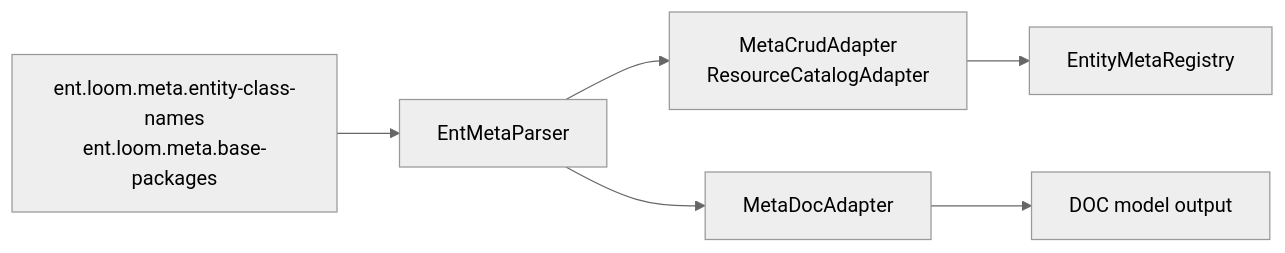
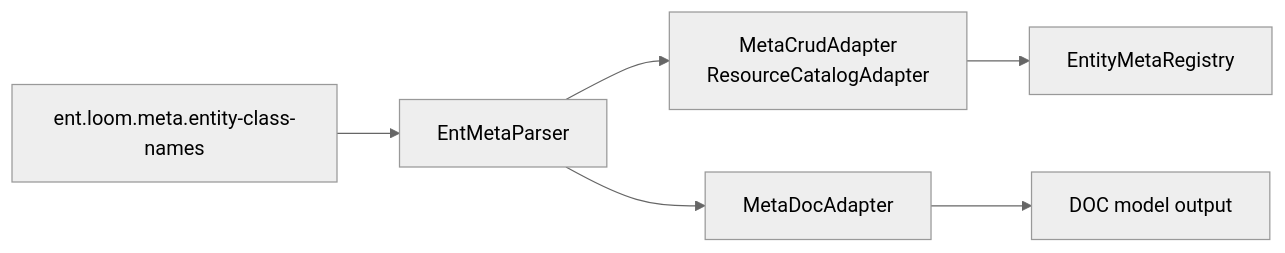
The diagram in docs/architecture/core/meta/runtime-adapters.md (ent-loom/ent-loom), drawn with Mermaid (neutral theme) before and after one commit. The commit also changed other lines of this file and 34 other files, not shown here.

````diff
--- a/docs/architecture/core/meta/runtime-adapters.md
+++ b/docs/architecture/core/meta/runtime-adapters.md
@@ -30,13 +29,13 @@
 ```mermaid
 flowchart LR
-    props["ent.loom.meta.entity-class-names<br/>ent.loom.meta.base-packages"]
+    props["ent.loom.meta.entity-class-names"]
     parser["EntMetaParser"]
     crud["MetaCrudAdapter<br/>ResourceCatalogAdapter"]
     doc["MetaDocAdapter"]
     registry["EntityMetaRegistry"]
     docProvider["DOC model output"]
 
     props --> parser
     parser --> crud --> registry
     parser --> doc --> docProvider
 ```
````
